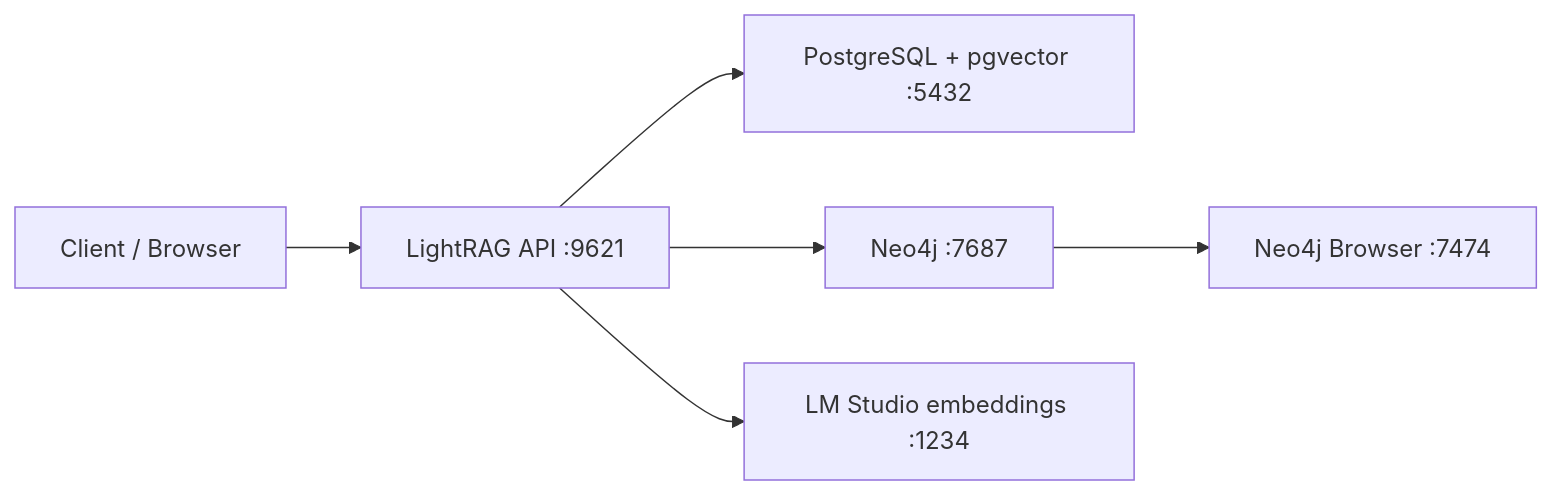
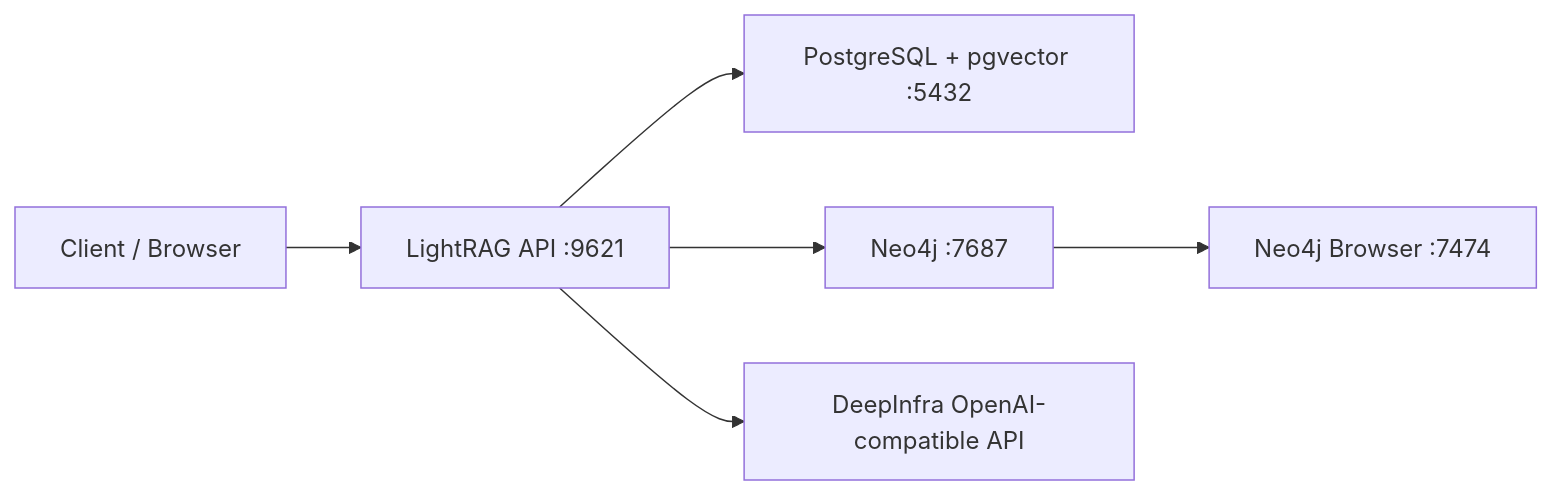
Before and after one commit to eual8/lightrag-docker-stack: the diagram in README.md, drawn with Mermaid. The commit also changed other lines of this file and 3 other files, not shown here.

Commit message:
Switch to DeepInfra LLM & embeddings, update configs and documentation.

````diff
--- a/README.md
+++ b/README.md
@@ -10,8 +11,8 @@
 ```mermaid
 flowchart LR
     U["Client / Browser"] --> A["LightRAG API :9621"]
     A --> P["PostgreSQL + pgvector :5432"]
     A --> N["Neo4j :7687"]
-    A --> E["LM Studio embeddings :1234"]
+    A --> D["DeepInfra OpenAI-compatible API"]
     N --> NB["Neo4j Browser :7474"]
 ```
````
